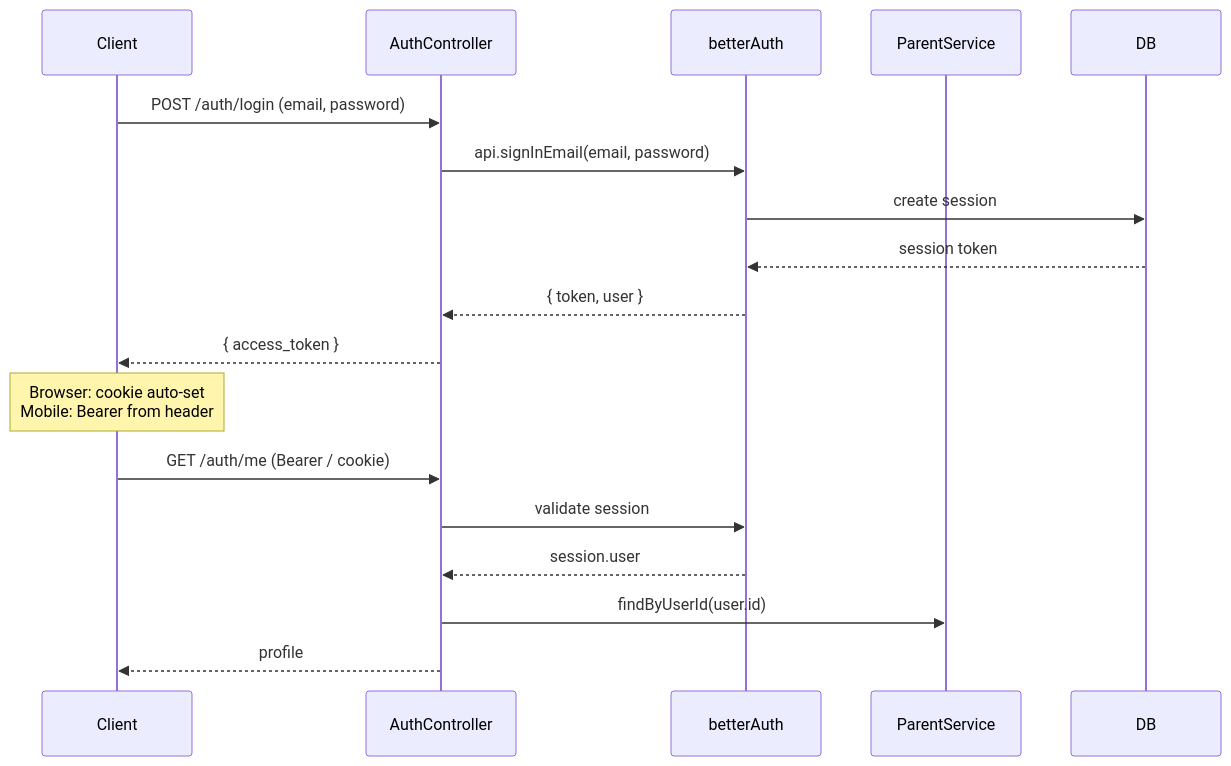
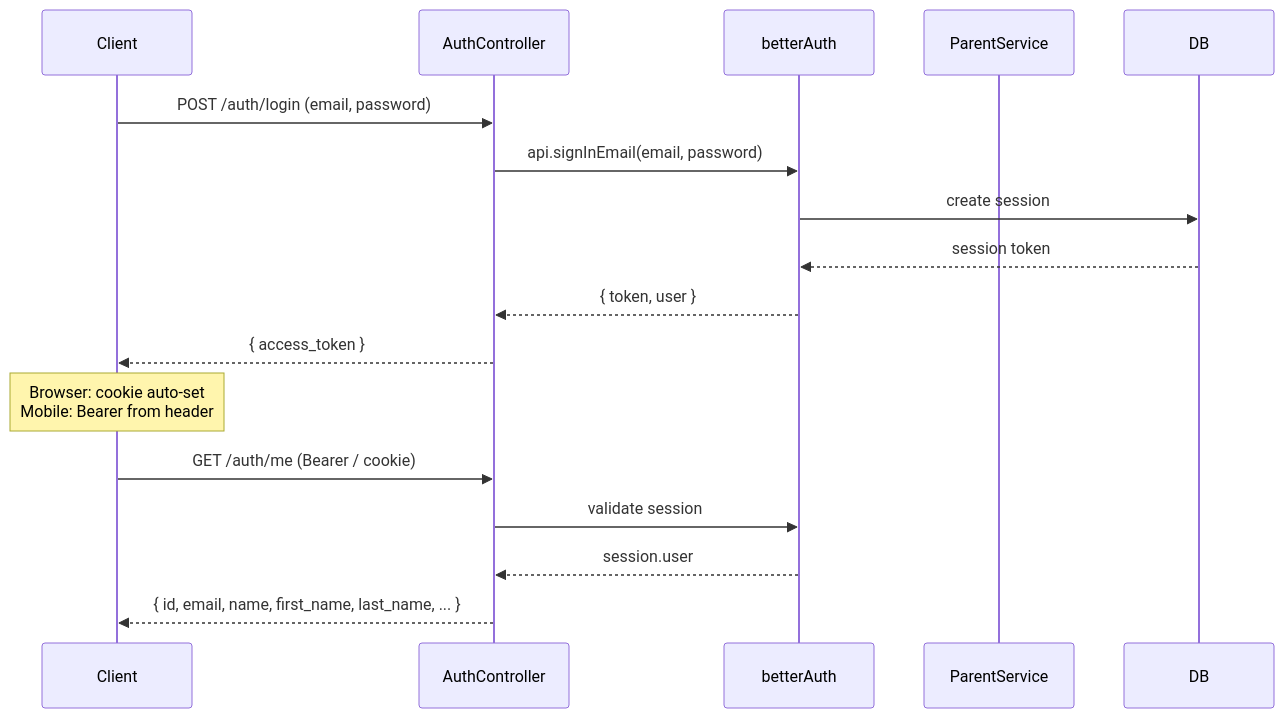
The first of 4 diagrams in docs/auth/AUTH.md (BelkorcheWidad/elFulk-Backend), drawn with Mermaid before and after one commit. The commit also changed other lines of this file and 6 other files, not shown here.

Commit message:
fix(auth): Fixed flow for registration

````diff
--- a/docs/auth/AUTH.md
+++ b/docs/auth/AUTH.md
@@ -20,22 +20,21 @@
 ```mermaid
 sequenceDiagram
     participant Client
     participant AuthController
     participant betterAuth
     participant ParentService
     participant DB
 
     Client->>AuthController: POST /auth/login (email, password)
     AuthController->>betterAuth: api.signInEmail(email, password)
     betterAuth->>DB: create session
     DB-->>betterAuth: session token
     betterAuth-->>AuthController: { token, user }
     AuthController-->>Client: { access_token }
     Note over Client: Browser: cookie auto-set<br>Mobile: Bearer from header
 
     Client->>AuthController: GET /auth/me (Bearer / cookie)
     AuthController->>betterAuth: validate session
     betterAuth-->>AuthController: session.user
-    AuthController->>ParentService: findByUserId(user.id)
-    AuthController-->>Client: profile
+    AuthController-->>Client: { id, email, name, first_name, last_name, ... }
 ```
````
